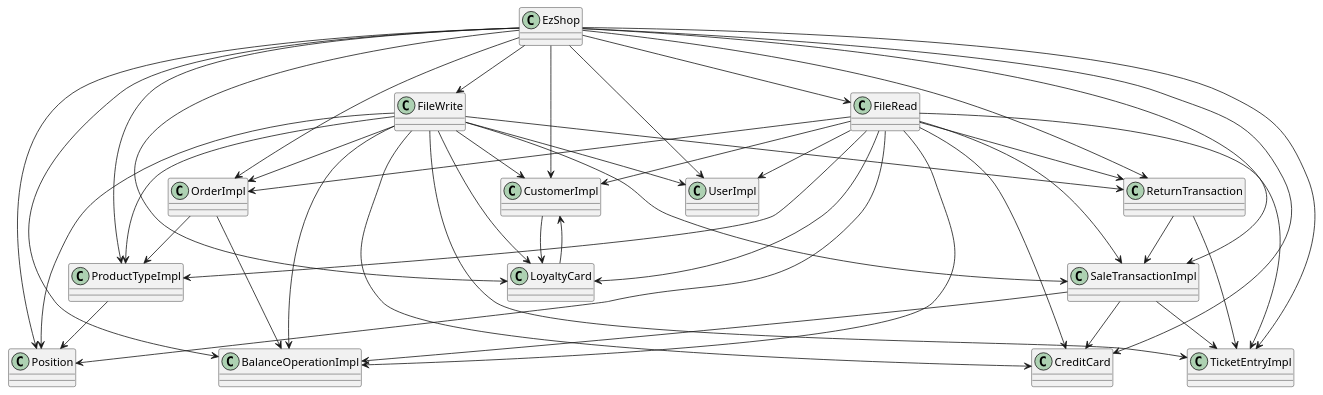
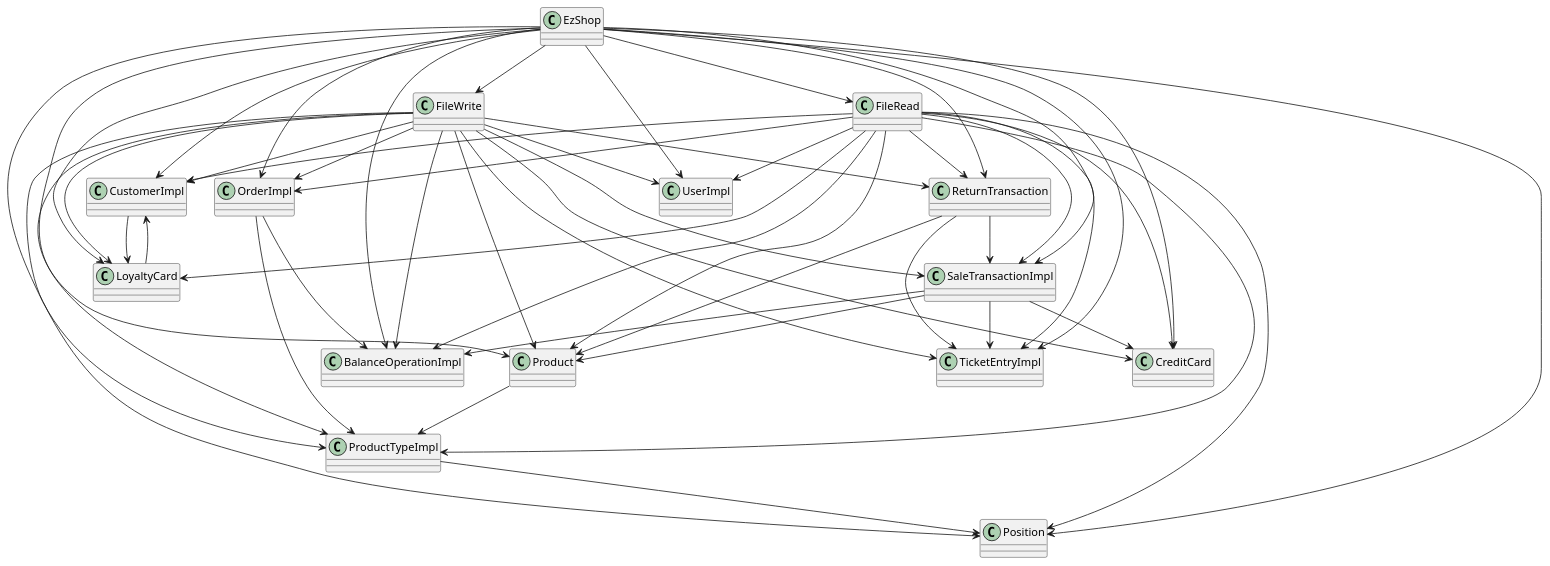
Before and after one commit to giuseppesalvi/ezshop: the diagram in Deliverables/IntegrationAPITestReport.md, drawn with PlantUML. The commit also changed other lines of this file, not shown here.

````diff
--- a/Deliverables/IntegrationAPITestReport.md
+++ b/Deliverables/IntegrationAPITestReport.md
@@ -27,72 +27,80 @@
 ```plantuml
 @startuml
 class EzShop {}
 class FileWrite {}
 class FileRead {}
 class BalanceOperationImpl {}
 class CreditCard {}
 class CustomerImpl {}
 class LoyaltyCard {}
 class OrderImpl {}
 class Position {}
 class ProductTypeImpl {}
 class ReturnTransaction {}
 class SaleTransactionImpl {}
 class TicketEntryImpl {}
 class UserImpl {}
+class Product{}
 
 FileWrite --> BalanceOperationImpl
 FileWrite --> CustomerImpl
 FileWrite --> LoyaltyCard
 FileWrite --> OrderImpl 
 FileWrite --> Position 
 FileWrite --> ProductTypeImpl 
 FileWrite --> ReturnTransaction 
 FileWrite --> SaleTransactionImpl 
 FileWrite --> UserImpl
 FileWrite --> CreditCard
 FileWrite --> TicketEntryImpl
+FileWrite --> Product
 
 FileRead --> BalanceOperationImpl
 FileRead --> CustomerImpl
 FileRead --> LoyaltyCard
 FileRead --> OrderImpl 
 FileRead --> Position 
 FileRead --> ProductTypeImpl 
 FileRead --> ReturnTransaction 
 FileRead --> SaleTransactionImpl 
 FileRead --> UserImpl
 FileRead --> CreditCard
 FileRead --> TicketEntryImpl
+FileRead --> Product
 
 EzShop --> FileRead
 EzShop --> FileWrite
 EzShop --> BalanceOperationImpl
 EzShop --> CustomerImpl
 EzShop --> LoyaltyCard
 EzShop --> OrderImpl 
 EzShop --> Position 
 EzShop --> ProductTypeImpl 
 EzShop --> ReturnTransaction 
 EzShop --> SaleTransactionImpl 
 EzShop --> UserImpl
 EzShop --> CreditCard
 EzShop --> TicketEntryImpl
+EzShop --> Product
 
 OrderImpl --> ProductTypeImpl
 OrderImpl --> BalanceOperationImpl
 
 ProductTypeImpl --> Position
 
 CustomerImpl --> LoyaltyCard
 
 LoyaltyCard --> CustomerImpl
 
 SaleTransactionImpl --> TicketEntryImpl
 SaleTransactionImpl --> CreditCard
 SaleTransactionImpl --> BalanceOperationImpl
+SaleTransactionImpl --> Product
 
 ReturnTransaction --> TicketEntryImpl
 ReturnTransaction --> SaleTransactionImpl
+ReturnTransaction --> Product
+
+Product --> ProductTypeImpl
 @enduml
 ```
````
